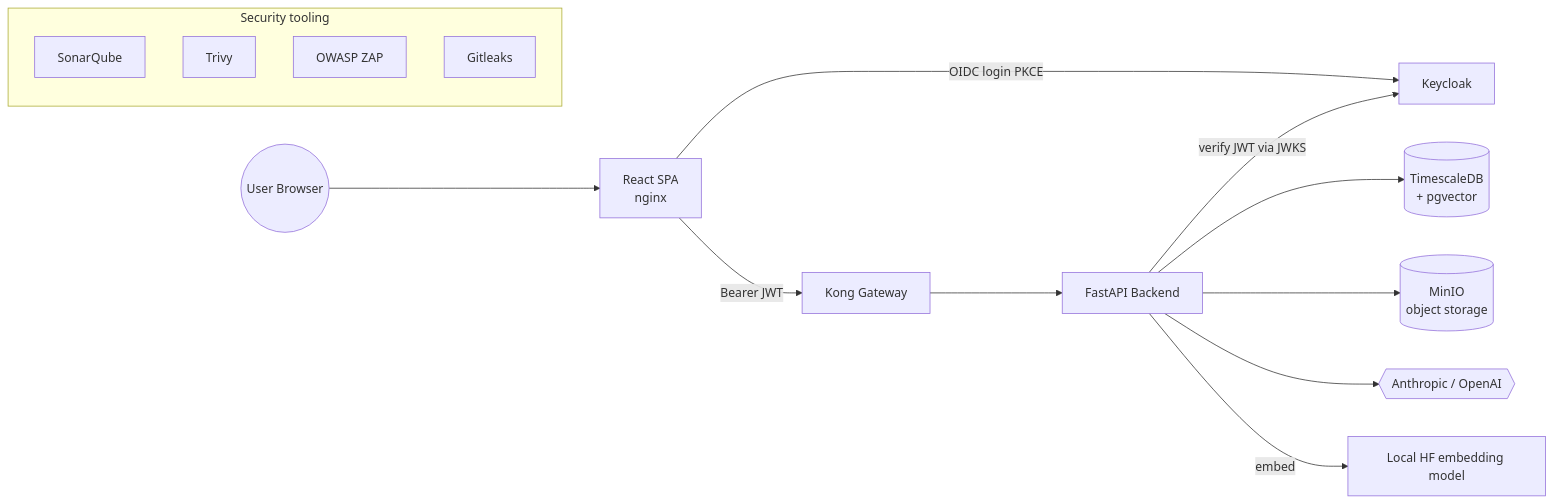
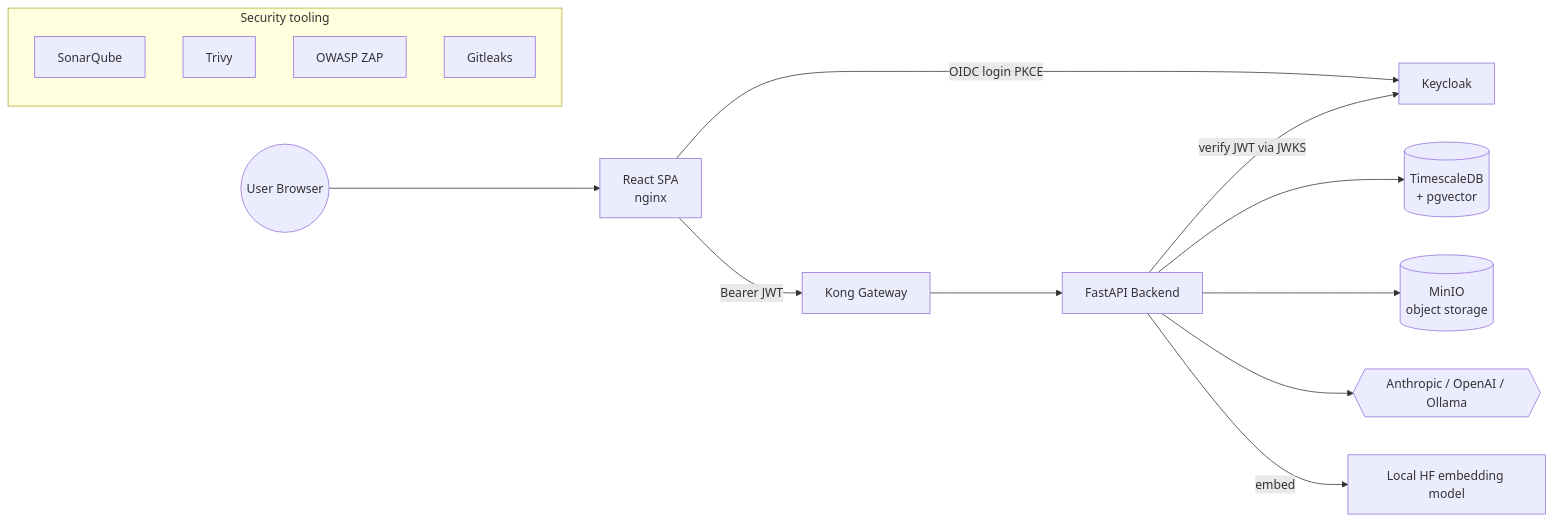
One commit to deeprath/rag-chatbot-platform changed the first of 3 diagrams in docs/ARCHITECTURE.md. Above: the diagram before and after it, drawn with Mermaid. The commit also changed other lines of this file and 42 other files, not shown here.

First line of the commit message:
Add Ollama LLM support and per-user, encrypted LLM provider settings

````diff
--- a/docs/ARCHITECTURE.md
+++ b/docs/ARCHITECTURE.md
@@ -5,19 +5,19 @@
 ```mermaid
 flowchart LR
   User((User Browser)) --> FE[React SPA<br/>nginx]
   FE -- OIDC login PKCE --> KC[Keycloak]
   FE -- Bearer JWT --> Kong[Kong Gateway]
   Kong --> API[FastAPI Backend]
   API -- verify JWT via JWKS --> KC
   API --> PG[(TimescaleDB<br/>+ pgvector)]
   API --> MinIO[(MinIO<br/>object storage)]
-  API --> LLM{{Anthropic / OpenAI}}
+  API --> LLM{{Anthropic / OpenAI / Ollama}}
   API -- embed --> Embed[Local HF embedding model]
 
   subgraph Security[Security tooling]
     Sonar[SonarQube]
     Trivy[Trivy]
     ZAP[OWASP ZAP]
     Gitleaks[Gitleaks]
   end
 ```
````
